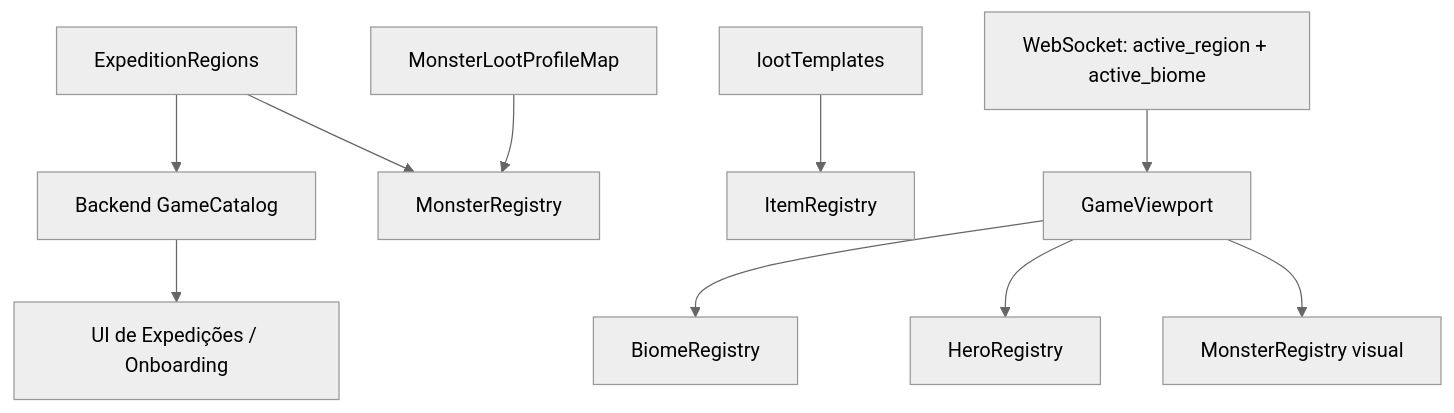
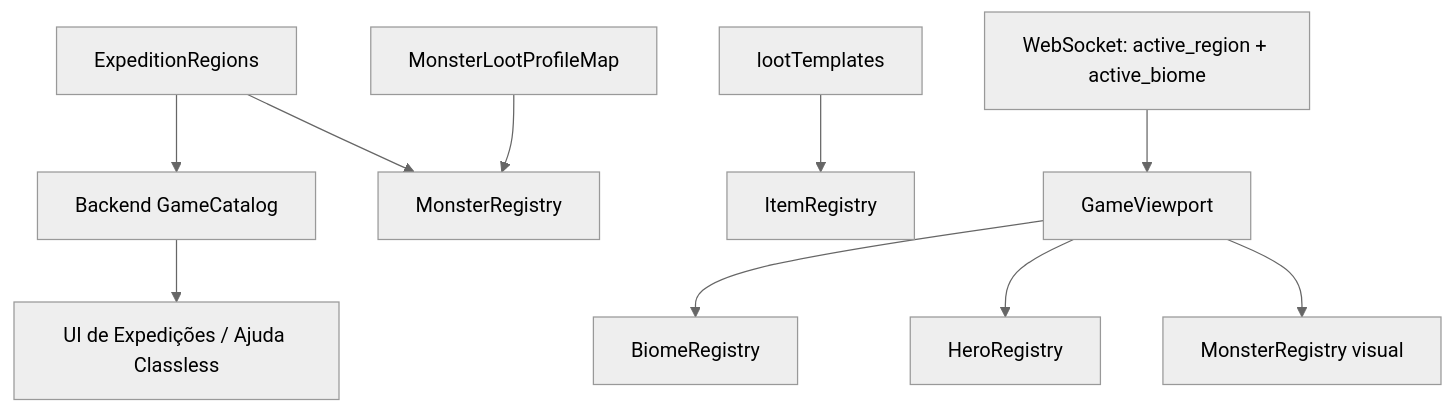
The diagram in docs/ARCHITECTURE_MODULAR.md (filipesvieira/atlas), drawn with Mermaid (neutral theme) before and after one commit. The commit also changed other lines of this file and 169 other files, not shown here.

````diff
--- a/docs/ARCHITECTURE_MODULAR.md
+++ b/docs/ARCHITECTURE_MODULAR.md
@@ -21,12 +21,12 @@
 ```mermaid
 flowchart TD
-    Catalog["Backend GameCatalog"] --> UI["UI de Expedições / Onboarding"]
+    Catalog["Backend GameCatalog"] --> UI["UI de Expedições / Ajuda Classless"]
     Regions["ExpeditionRegions"] --> Catalog
     Regions --> MR["MonsterRegistry"]
     Loot["MonsterLootProfileMap"] --> MR
     Items["lootTemplates"] --> IR["ItemRegistry"]
     WS["WebSocket: active_region + active_biome"] --> GV["GameViewport"]
     GV --> BR["BiomeRegistry"]
     GV --> HR["HeroRegistry"]
     GV --> VR["MonsterRegistry visual"]
 ```
````
